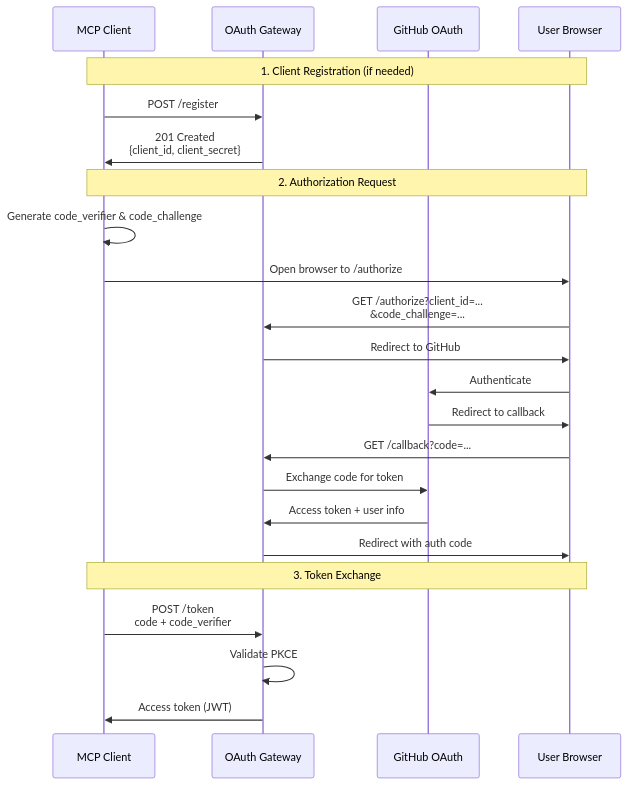
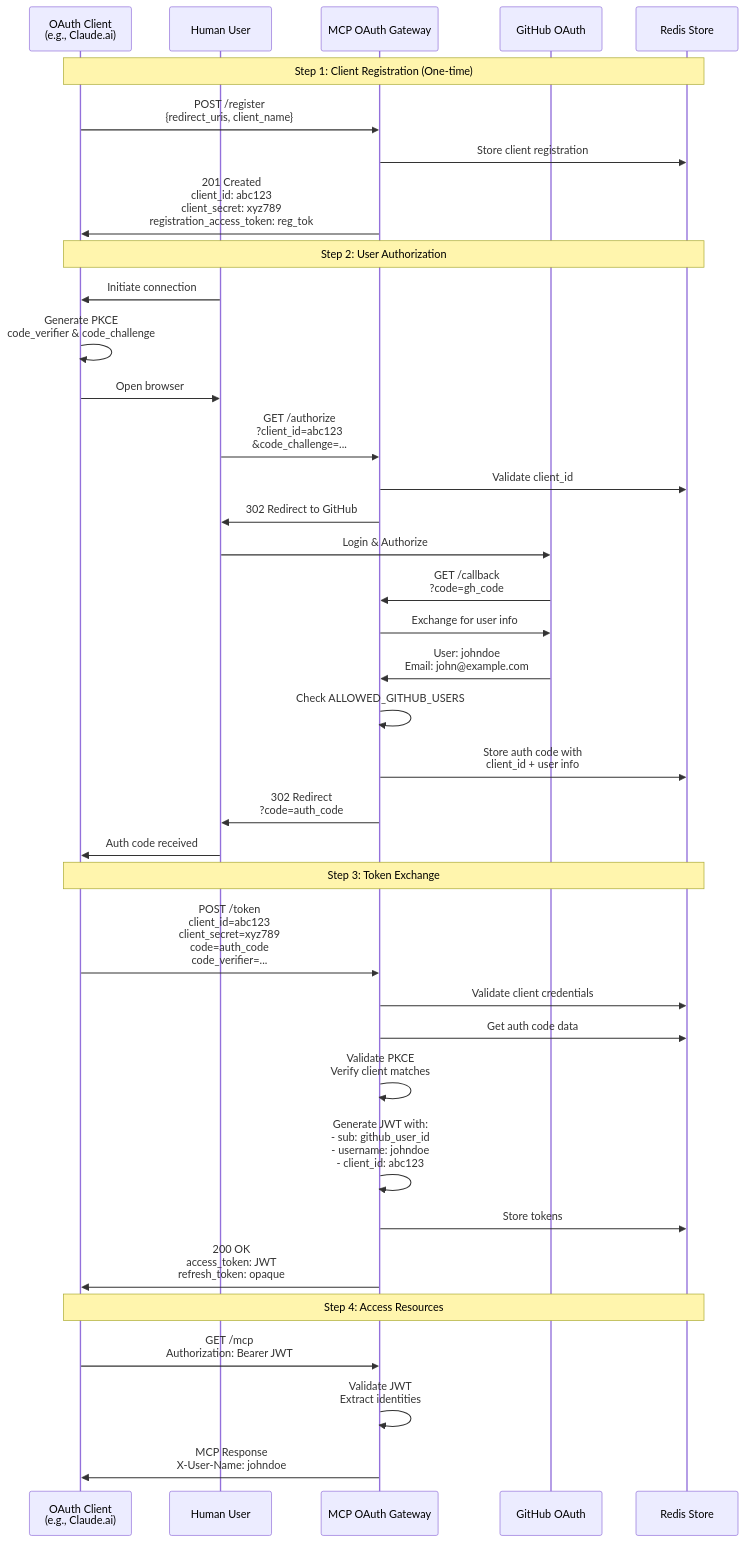
The second of 2 diagrams in docs/architecture/oauth-flow.md (atrawog/mcp-oauth-gateway), drawn with Mermaid before and after one commit. The commit also changed other lines of this file and 3 other files, not shown here.

First line of the commit message:
Enhance Documentation for MCP OAuth Gateway Architecture and OAuth Flow

````diff
--- a/docs/architecture/oauth-flow.md
+++ b/docs/architecture/oauth-flow.md
@@ -11,28 +41,43 @@
 ```{mermaid}
 sequenceDiagram
-    participant Client as MCP Client
-    participant Gateway as OAuth Gateway
+    participant Client as OAuth Client<br/>(e.g., Claude.ai)
+    participant User as Human User
+    participant Gateway as MCP OAuth Gateway
     participant GitHub as GitHub OAuth
-    participant User as User Browser
+    participant Redis as Redis Store
     
-    Note over Client,User: 1. Client Registration (if needed)
-    Client->>Gateway: POST /register
-    Gateway->>Client: 201 Created<br/>{client_id, client_secret}
+    Note over Client,Redis: Step 1: Client Registration (One-time)
+    Client->>Gateway: POST /register<br/>{redirect_uris, client_name}
+    Gateway->>Redis: Store client registration
+    Gateway->>Client: 201 Created<br/>client_id: abc123<br/>client_secret: xyz789<br/>registration_access_token: reg_tok
     
-    Note over Client,User: 2. Authorization Request
-    Client->>Client: Generate code_verifier & code_challenge
-    Client->>User: Open browser to /authorize
-    User->>Gateway: GET /authorize?client_id=...<br/>&code_challenge=...
-    Gateway->>User: Redirect to GitHub
-    User->>GitHub: Authenticate
-    GitHub->>User: Redirect to callback
-    User->>Gateway: GET /callback?code=...
-    Gateway->>GitHub: Exchange code for token
-    GitHub->>Gateway: Access token + user info
-    Gateway->>User: Redirect with auth code
+    Note over Client,Redis: Step 2: User Authorization
+    User->>Client: Initiate connection
+    Client->>Client: Generate PKCE<br/>code_verifier & code_challenge
+    Client->>User: Open browser
+    User->>Gateway: GET /authorize<br/>?client_id=abc123<br/>&code_challenge=...
+    Gateway->>Redis: Validate client_id
+    Gateway->>User: 302 Redirect to GitHub
+    User->>GitHub: Login & Authorize
+    GitHub->>Gateway: GET /callback<br/>?code=gh_code
+    Gateway->>GitHub: Exchange for user info
+    GitHub->>Gateway: User: johndoe<br/>Email: john@example.com
+    Gateway->>Gateway: Check ALLOWED_GITHUB_USERS
+    Gateway->>Redis: Store auth code with<br/>client_id + user info
+    Gateway->>User: 302 Redirect<br/>?code=auth_code
+    User->>Client: Auth code received
     
-    Note over Client,User: 3. Token Exchange
-    Client->>Gateway: POST /token<br/>code + code_verifier
-    Gateway->>Gateway: Validate PKCE
-    Gateway->>Client: Access token (JWT)
+    Note over Client,Redis: Step 3: Token Exchange
+    Client->>Gateway: POST /token<br/>client_id=abc123<br/>client_secret=xyz789<br/>code=auth_code<br/>code_verifier=...
+    Gateway->>Redis: Validate client credentials
+    Gateway->>Redis: Get auth code data
+    Gateway->>Gateway: Validate PKCE<br/>Verify client matches
+    Gateway->>Gateway: Generate JWT with:<br/>- sub: github_user_id<br/>- username: johndoe<br/>- client_id: abc123
+    Gateway->>Redis: Store tokens
+    Gateway->>Client: 200 OK<br/>access_token: JWT<br/>refresh_token: opaque
+    
+    Note over Client,Redis: Step 4: Access Resources
+    Client->>Gateway: GET /mcp<br/>Authorization: Bearer JWT
+    Gateway->>Gateway: Validate JWT<br/>Extract identities
+    Gateway->>Client: MCP Response<br/>X-User-Name: johndoe
 ```
````
